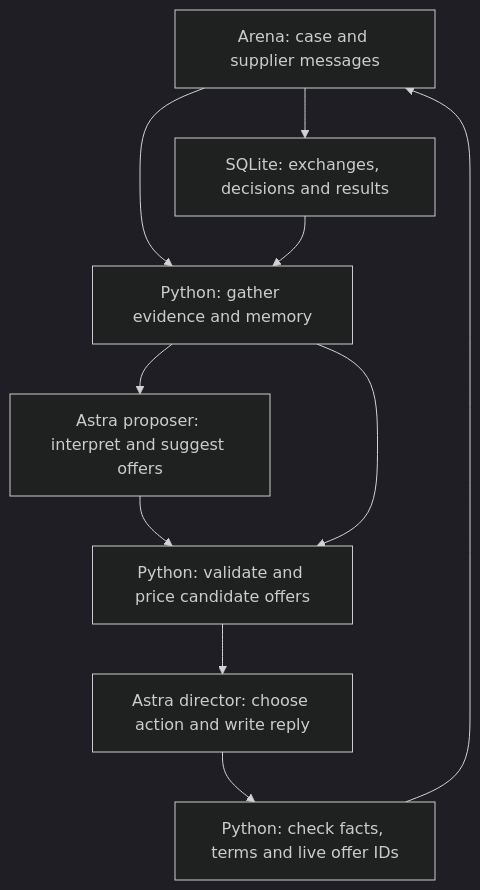
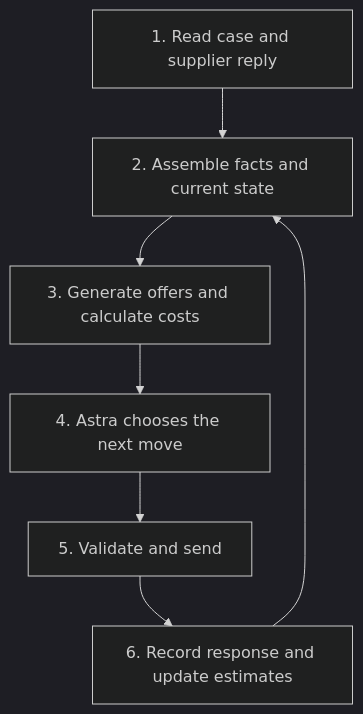
Before and after one commit to european-hackathon-league/submission-3f76c079-ac34-492c-ae1d-eada3ff92c55-1413167341: the diagram in docs/CURRENT_ARCHITECTURE.md, drawn with Mermaid (dark theme). The commit also changed other lines of this file and 9 other files, not shown here.

First line of the commit message:
Clarify negotiation architecture and record complete v9 outcomes

````diff
--- a/docs/CURRENT_ARCHITECTURE.md
+++ b/docs/CURRENT_ARCHITECTURE.md
@@ -10,12 +31,9 @@
 ```mermaid
 flowchart TD
-    A[Arena: case and supplier messages] --> B[Python: gather evidence and memory]
-    B --> C[Astra proposer: interpret and suggest offers]
-    C --> D[Python: validate and price candidate offers]
-    B --> D
-    D --> E[Astra director: choose action and write reply]
-    E --> F[Python: check facts, terms and live offer IDs]
-    F --> A
-    A --> G[SQLite: exchanges, decisions and results]
-    G --> B
+    A[1. Read case and supplier reply] --> B[2. Assemble facts and current state]
+    B --> C[3. Generate offers and calculate costs]
+    C --> D[4. Astra chooses the next move]
+    D --> E[5. Validate and send]
+    E --> F[6. Record response and update estimates]
+    F --> B
 ```
````
